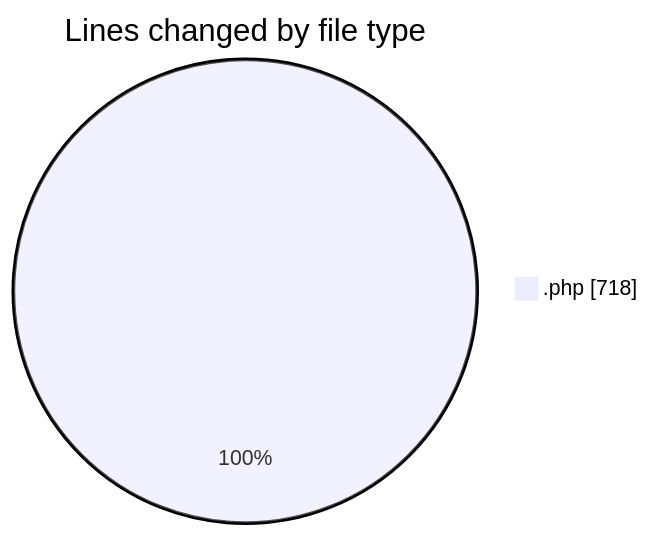
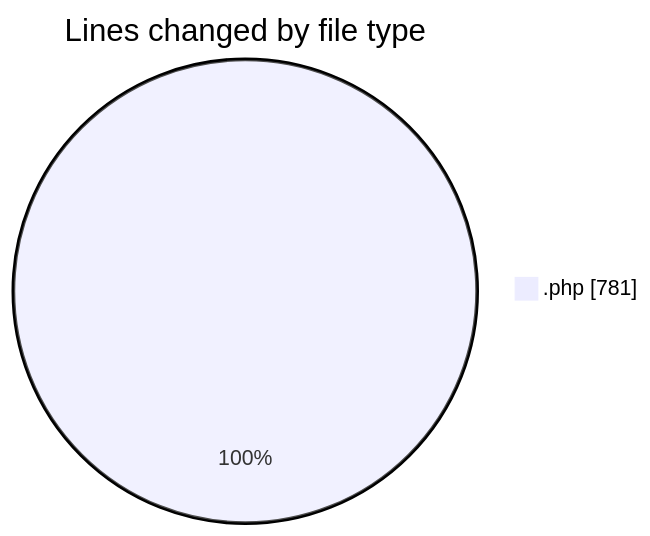
The first of 2 diagrams in 2026-09-09/web/README.md (LanceThiago/code-tracking), drawn with Mermaid before and after one commit. The commit also changed other lines of this file and 1 other file, not shown here.

````diff
--- a/2026-09-09/web/README.md
+++ b/2026-09-09/web/README.md
@@ -24,5 +24,5 @@
 ```mermaid
 pie showData
 title Lines changed by file type
-".php" : 718
+".php" : 781
 ```
````
